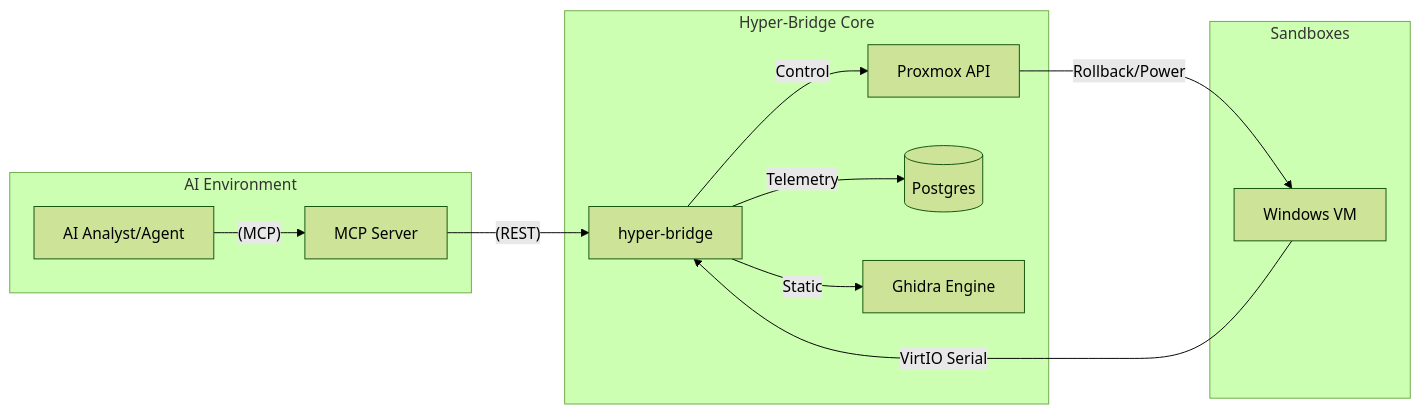
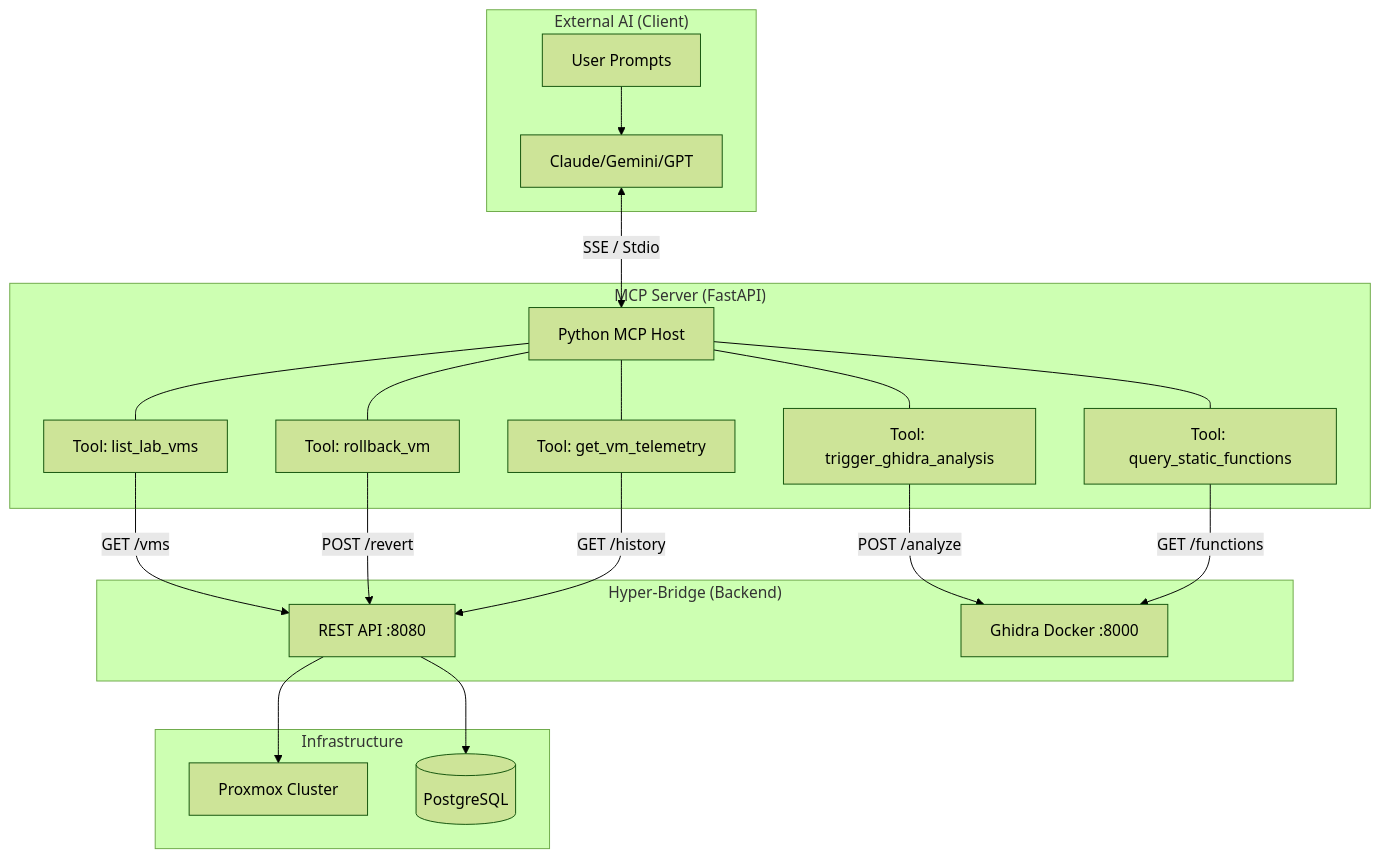
One commit to Sagz9000/TheVooDooBox changed the diagram in docs/04_HYPER_BRIDGE.md. Above: the diagram before and after it, drawn with Mermaid (forest theme). The commit also changed 2 other files, not shown here.

Commit message:
docs: huge update to diagrams in Ghidra, SPICE, and MCP docs to match codebase reality

````diff
--- a/docs/04_HYPER_BRIDGE.md
+++ b/docs/04_HYPER_BRIDGE.md
@@ -57,18 +57,34 @@
 ```mermaid
-graph LR
-    subgraph "AI Environment"
-        A[AI Analyst/Agent] -- "(MCP)" --> MS[MCP Server]
+graph TD
+    subgraph "External AI (Client)"
+        AI[Claude/Gemini/GPT]
+        Params[User Prompts] --> AI
     end
 
-    subgraph "Hyper-Bridge Core"
-        MS -- "(REST)" --> HB[hyper-bridge]
-        HB -- "Control" --> P[Proxmox API]
-        HB -- "Telemetry" --> DB[(Postgres)]
-        HB -- "Static" --> GE[Ghidra Engine]
+    subgraph "MCP Server (FastAPI)"
+        MS[Python MCP Host]
+        T1[Tool: list_lab_vms]
+        T2[Tool: rollback_vm]
+        T3[Tool: get_vm_telemetry]
+        T4[Tool: trigger_ghidra_analysis]
+        T5[Tool: query_static_functions]
+        
+        AI <-->|SSE / Stdio| MS
+        MS --- T1 & T2 & T3 & T4 & T5
     end
 
-    subgraph "Sandboxes"
-        P -- "Rollback/Power" --> V[Windows VM]
-        V -- "VirtIO Serial" --> HB
+    subgraph "Hyper-Bridge (Backend)"
+        API[REST API :8080]
+        T1 -->|GET /vms| API
+        T2 -->|POST /revert| API
+        T3 -->|GET /history| API
+        
+        T4 -->|POST /analyze| Ghidra[Ghidra Docker :8000]
+        T5 -->|GET /functions| Ghidra
+    end
+
+    subgraph "Infrastructure"
+        API --> Proxmox[Proxmox Cluster]
+        API --> Postgres[(PostgreSQL)]
     end
 ```
````
